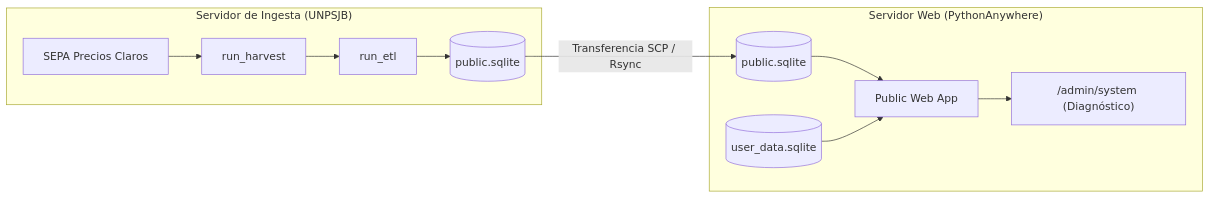
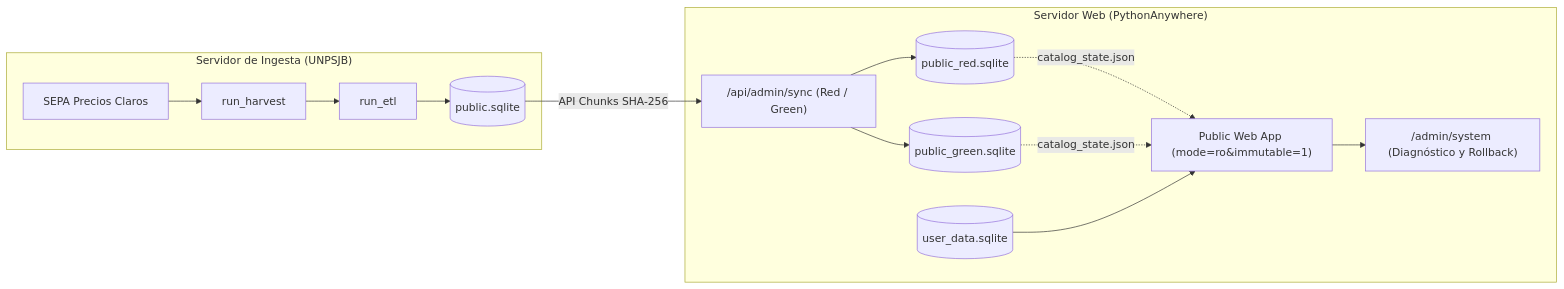
One commit to DanielBerns/sur_en_precios changed the second of 2 diagrams in sur_en_precios/README.md. Above: the diagram before and after it, drawn with Mermaid. The commit also changed other lines of this file and 11 other files, not shown here.

Commit message:
feature: red/green update of the remote public database

````diff
--- a/sur_en_precios/README.md
+++ b/sur_en_precios/README.md
@@ -204,15 +204,18 @@
 ```mermaid
 flowchart LR
     subgraph IngestionServer ["Servidor de Ingesta (UNPSJB)"]
         SEPA["SEPA Precios Claros"] --> Harvest["run_harvest"]
         Harvest --> ETL["run_etl"]
         ETL --> OutputDB[("public.sqlite")]
     end
 
     subgraph ProductionHost ["Servidor Web (PythonAnywhere)"]
-        OutputDB -->|Transferencia SCP / Rsync| WebPublicDB[("public.sqlite")]
-        WebPublicDB --> WebApp["Public Web App"]
+        OutputDB -->|API Chunks SHA-256| RemoteSync["/api/admin/sync (Red / Green)"]
+        RemoteSync --> SlotRed[("public_red.sqlite")]
+        RemoteSync --> SlotGreen[("public_green.sqlite")]
+        SlotRed -.->|catalog_state.json| WebApp["Public Web App (mode=ro&immutable=1)"]
+        SlotGreen -.->|catalog_state.json| WebApp
         UserDB[("user_data.sqlite")] --> WebApp
-        WebApp --> AdminView["/admin/system (Diagnóstico)"]
+        WebApp --> AdminView["/admin/system (Diagnóstico y Rollback)"]
     end
 ```
````
